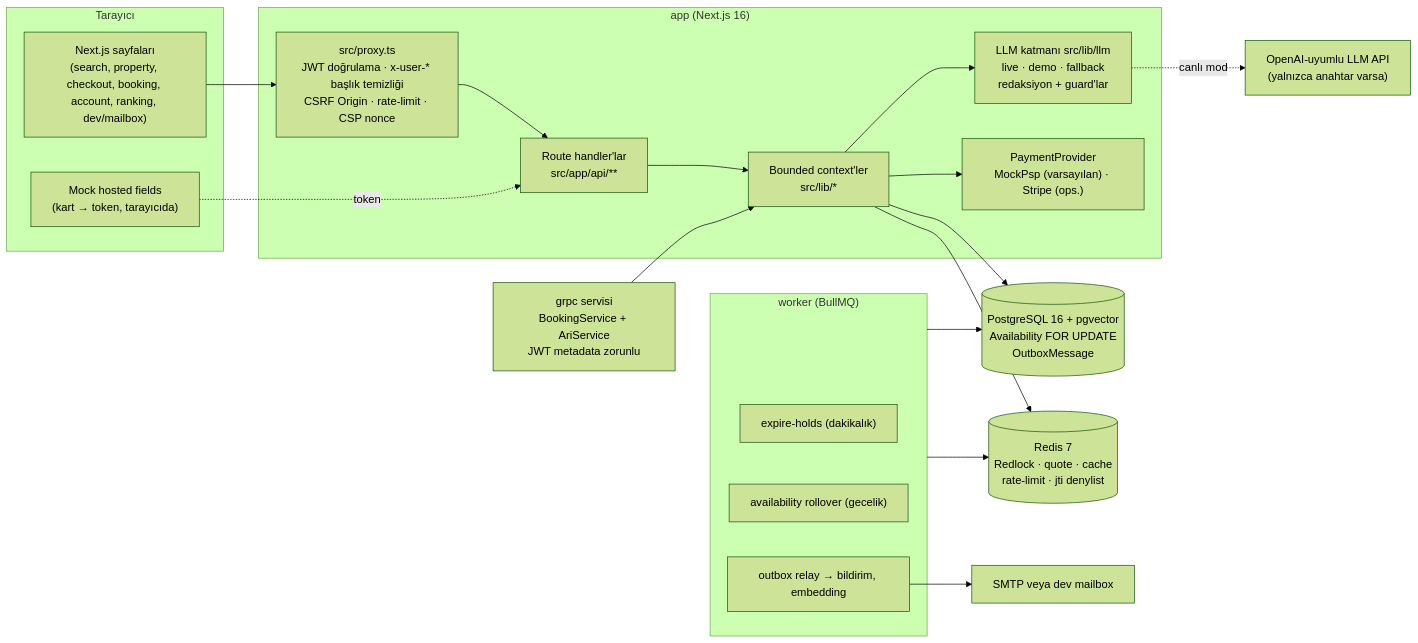
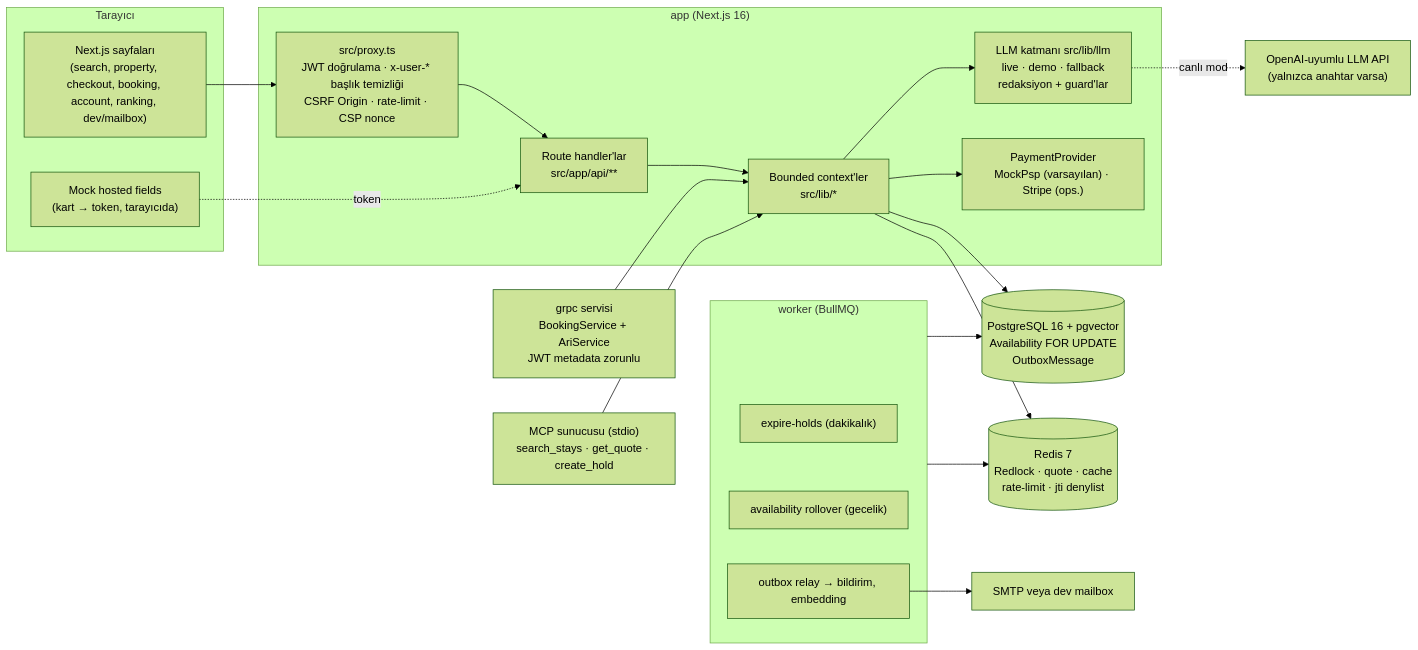
One commit to tunadeniz1304/booking-platform changed the diagram in README.md. Above: the diagram before and after it, drawn with Mermaid (forest theme). The commit also changed other lines of this file and 13 other files, not shown here.

````diff
--- a/README.md
+++ b/README.md
@@ -13,38 +13,40 @@
 ```mermaid
 flowchart LR
   subgraph Client["Tarayıcı"]
     UI["Next.js sayfaları<br/>(search, property, checkout, booking, account, ranking, dev/mailbox)"]
     HF["Mock hosted fields<br/>(kart → token, tarayıcıda)"]
   end
 
   subgraph App["app (Next.js 16)"]
     PX["src/proxy.ts<br/>JWT doğrulama · x-user-* başlık temizliği<br/>CSRF Origin · rate-limit · CSP nonce"]
     API["Route handler'lar<br/>src/app/api/**"]
     LIB["Bounded context'ler<br/>src/lib/*"]
     LLM["LLM katmanı src/lib/llm<br/>live · demo · fallback<br/>redaksiyon + guard'lar"]
     PSP["PaymentProvider<br/>MockPsp (varsayılan) · Stripe (ops.)"]
   end
 
   subgraph Worker["worker (BullMQ)"]
     W1["expire-holds (dakikalık)"]
     W2["availability rollover (gecelik)"]
     W3["outbox relay → bildirim, embedding"]
   end
 
   GRPC["grpc servisi<br/>BookingService + AriService<br/>JWT metadata zorunlu"]
+  MCP["MCP sunucusu (stdio)<br/>search_stays · get_quote · create_hold"]
   PG[("PostgreSQL 16 + pgvector<br/>Availability FOR UPDATE<br/>OutboxMessage")]
   RD[("Redis 7<br/>Redlock · quote · cache<br/>rate-limit · jti denylist")]
   EXT["OpenAI-uyumlu LLM API<br/>(yalnızca anahtar varsa)"]
   MAIL["SMTP veya dev mailbox"]
 
   UI --> PX --> API --> LIB
   HF -. token .-> API
   LIB --> PG
   LIB --> RD
   LIB --> LLM -. canlı mod .-> EXT
   LIB --> PSP
   Worker --> PG
   Worker --> RD
   W3 --> MAIL
   GRPC --> LIB
+  MCP --> LIB
 ```
````
